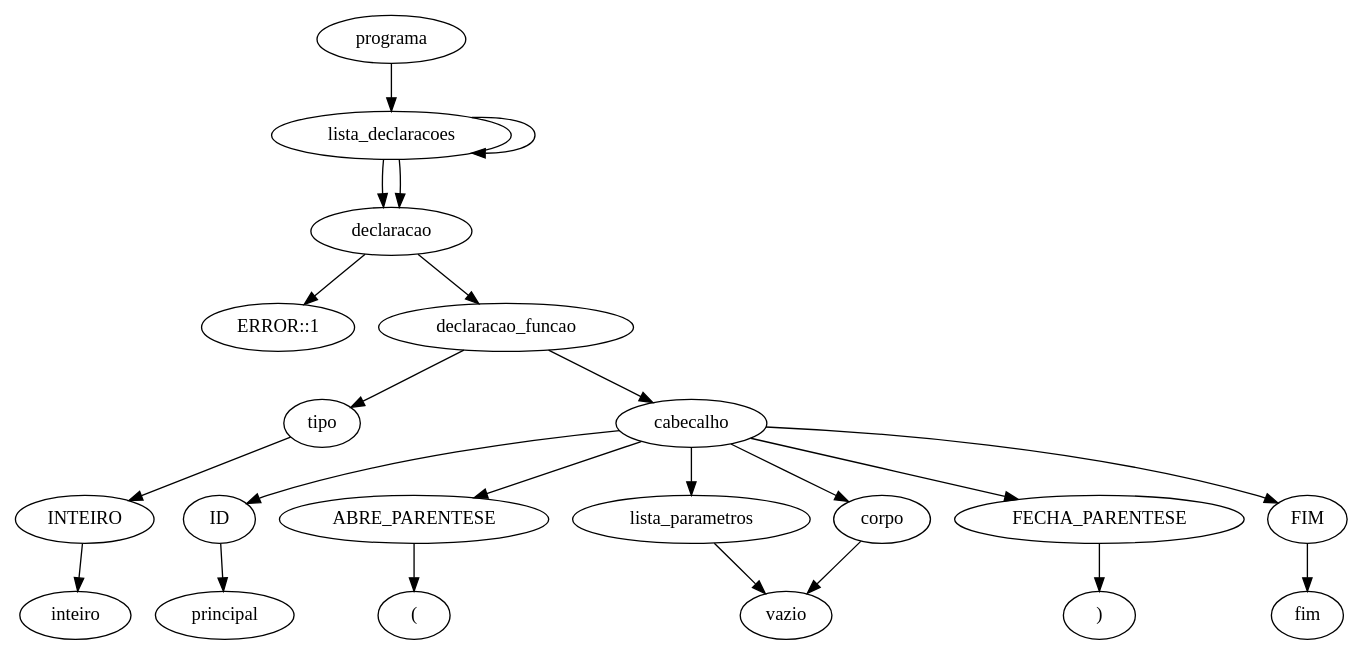
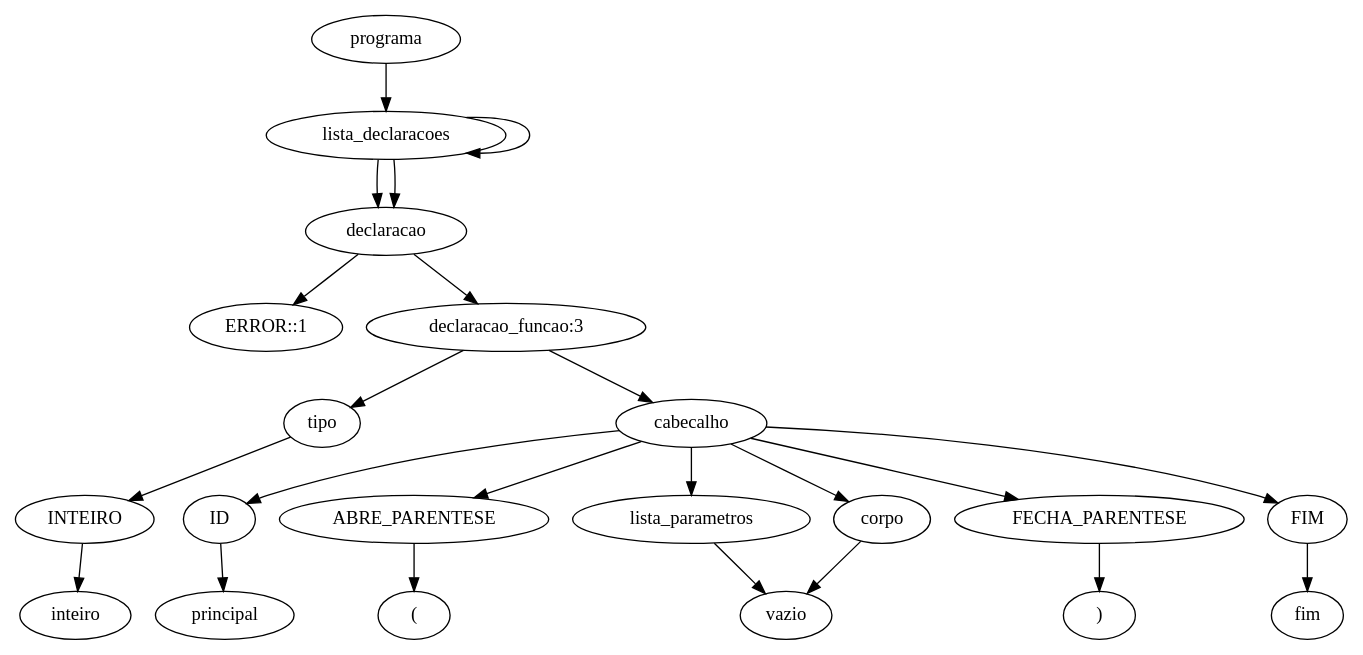
One commit to JuanFSR/Compiladores changed the diagram in 7.AnaliseSemantica/BCC__BCC36B__P[3]__JuanRangel__2046385/implementacao/sintatica-testes/erro-004.tpp.ast.dot. Above: the diagram before and after it, drawn with Graphviz. The commit also changed 90 other files, not shown here.

```diff
--- a/7.AnaliseSemantica/BCC__BCC36B__P[3]__JuanRangel__2046385/implementacao/sintatica-testes/erro-004.tpp.ast.dot
+++ b/7.AnaliseSemantica/BCC__BCC36B__P[3]__JuanRangel__2046385/implementacao/sintatica-testes/erro-004.tpp.ast.dot
@@ -1,47 +1,47 @@
 digraph tree {
     "programa";
     "lista_declaracoes";
     "lista_declaracoes";
     "declaracao";
     "ERROR::1";
     "declaracao";
-    "declaracao_funcao";
+    "declaracao_funcao:3";
     "tipo";
     "INTEIRO";
     "inteiro";
     "cabecalho";
     "ID";
     "principal";
     "ABRE_PARENTESE";
     "(";
     "lista_parametros";
     "vazio";
     "FECHA_PARENTESE";
     ")";
     "corpo";
     "vazio";
     "FIM";
     "fim";
     "programa" -> "lista_declaracoes";
     "lista_declaracoes" -> "lista_declaracoes";
     "lista_declaracoes" -> "declaracao";
     "lista_declaracoes" -> "declaracao";
     "declaracao" -> "ERROR::1";
-    "declaracao" -> "declaracao_funcao";
-    "declaracao_funcao" -> "tipo";
-    "declaracao_funcao" -> "cabecalho";
+    "declaracao" -> "declaracao_funcao:3";
+    "declaracao_funcao:3" -> "tipo";
+    "declaracao_funcao:3" -> "cabecalho";
     "tipo" -> "INTEIRO";
     "INTEIRO" -> "inteiro";
     "cabecalho" -> "ID";
     "cabecalho" -> "ABRE_PARENTESE";
     "cabecalho" -> "lista_parametros";
     "cabecalho" -> "FECHA_PARENTESE";
     "cabecalho" -> "corpo";
     "cabecalho" -> "FIM";
     "ID" -> "principal";
     "ABRE_PARENTESE" -> "(";
     "lista_parametros" -> "vazio";
     "FECHA_PARENTESE" -> ")";
     "corpo" -> "vazio";
     "FIM" -> "fim";
 }
```
